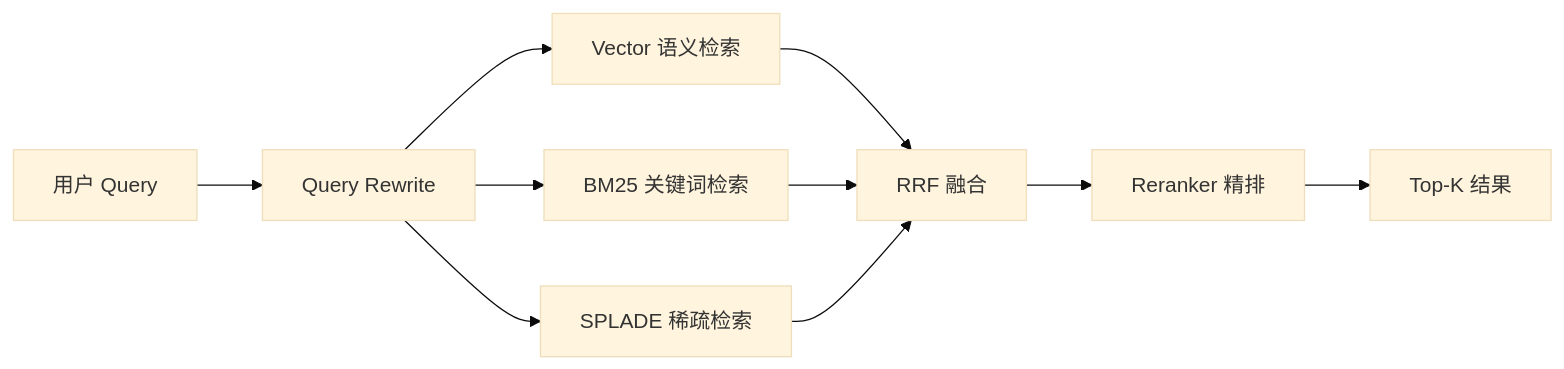
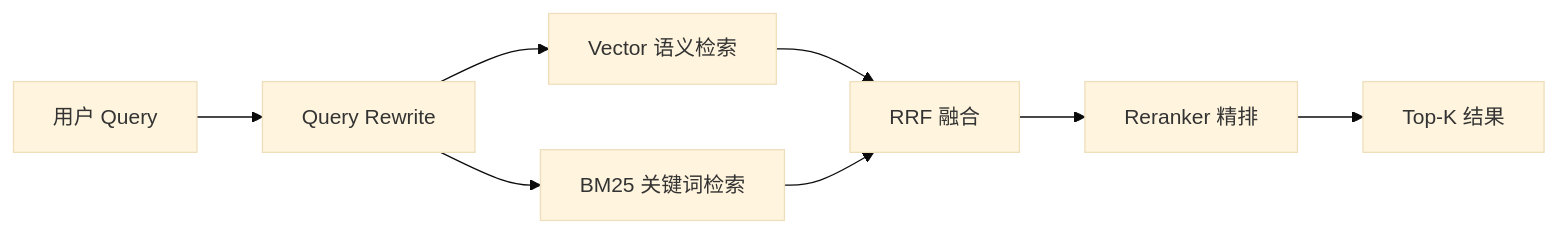
The diagram in docs-site/docs/backend/more/retrieval.md (skygazer42/MimirQ), drawn with Mermaid (base theme) before and after one commit. The commit also changed other lines of this file and 3886 other files, not shown here.

````diff
--- a/docs-site/docs/backend/more/retrieval.md
+++ b/docs-site/docs/backend/more/retrieval.md
@@ -12,12 +12,10 @@
 ```mermaid
 flowchart LR
     Q[用户 Query] --> QR[Query Rewrite]
     QR --> V[Vector 语义检索]
     QR --> B[BM25 关键词检索]
-    QR --> S[SPLADE 稀疏检索]
     V --> RRF[RRF 融合]
     B --> RRF
-    S --> RRF
     RRF --> RK[Reranker 精排]
     RK --> TOP[Top-K 结果]
 ```
````
